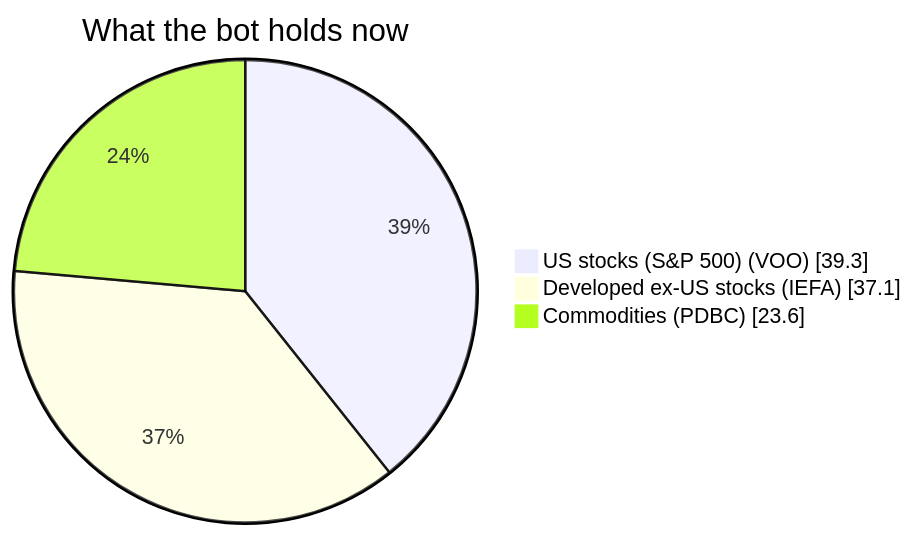
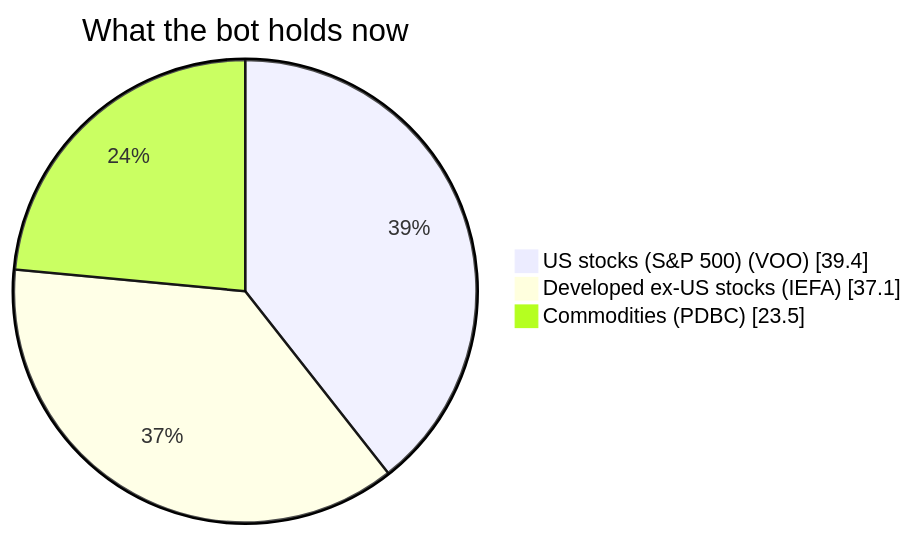
The diagram in 00 - Bot Dashboard.md (owlpowell50-creator/trading-bot), drawn with Mermaid before and after one commit. The commit also changed other lines of this file and 8 other files, not shown here.

````diff
--- a/00 - Bot Dashboard.md
+++ b/00 - Bot Dashboard.md
@@ -42,6 +42,6 @@
 ```mermaid
 pie showData title What the bot holds now
-    "US stocks (S&P 500) (VOO)" : 39.3
+    "US stocks (S&P 500) (VOO)" : 39.4
     "Developed ex-US stocks (IEFA)" : 37.1
-    "Commodities (PDBC)" : 23.6
+    "Commodities (PDBC)" : 23.5
 ```
````
